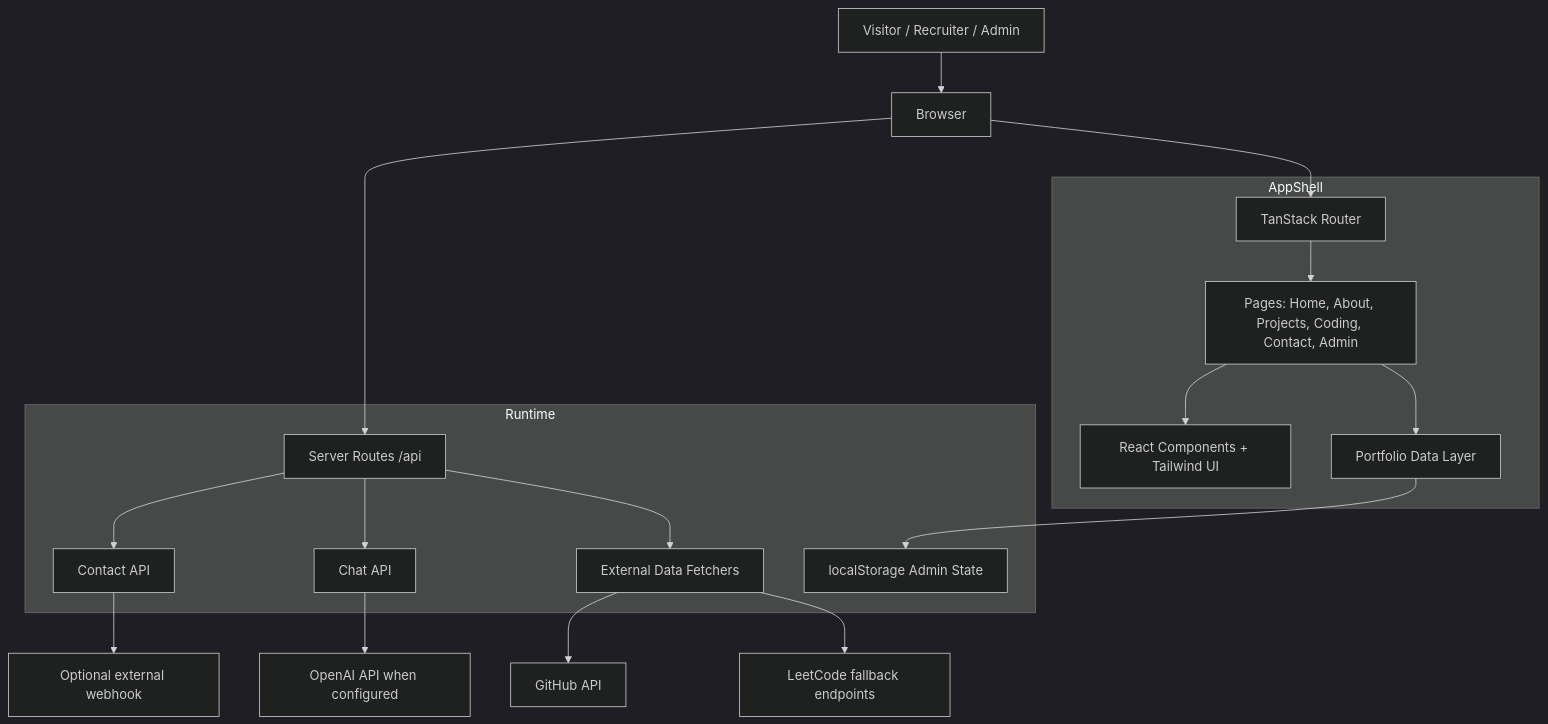
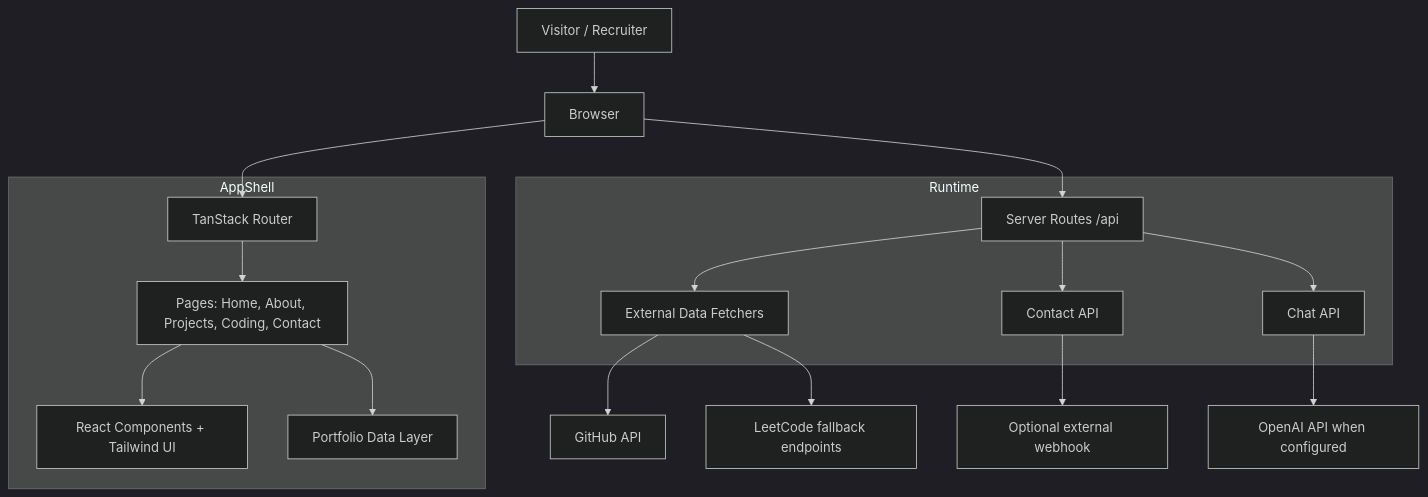
One commit to prasadneje26/speedy-start changed the diagram in ARCHITECTURE.md. Above: the diagram before and after it, drawn with Mermaid (dark theme). The commit also changed other lines of this file and 6 other files, not shown here.

````diff
--- a/ARCHITECTURE.md
+++ b/ARCHITECTURE.md
@@ -5,34 +5,32 @@
 ```mermaid
 flowchart TD
-    User[Visitor / Recruiter / Admin] --> Browser[Browser]
+    User[Visitor / Recruiter] --> Browser[Browser]
     Browser --> Router[TanStack Router]
-    Router --> Pages[Pages: Home, About, Projects, Coding, Contact, Admin]
+    Router --> Pages[Pages: Home, About, Projects, Coding, Contact]
     Pages --> UI[React Components + Tailwind UI]
     Pages --> Data[Portfolio Data Layer]
 
     Browser --> API[Server Routes /api]
     API --> Contact[Contact API]
     API --> Chat[Chat API]
     API --> Fetch[External Data Fetchers]
 
-    Data --> LocalStorage[localStorage Admin State]
     Fetch --> Github[GitHub API]
     Fetch --> LeetCode[LeetCode fallback endpoints]
     Contact --> Webhook[Optional external webhook]
     Chat --> OpenAI[OpenAI API when configured]
 
     subgraph AppShell
       Router
       Pages
       UI
       Data
     end
 
     subgraph Runtime
       API
       Contact
       Chat
       Fetch
-      LocalStorage
     end
 ```
````
